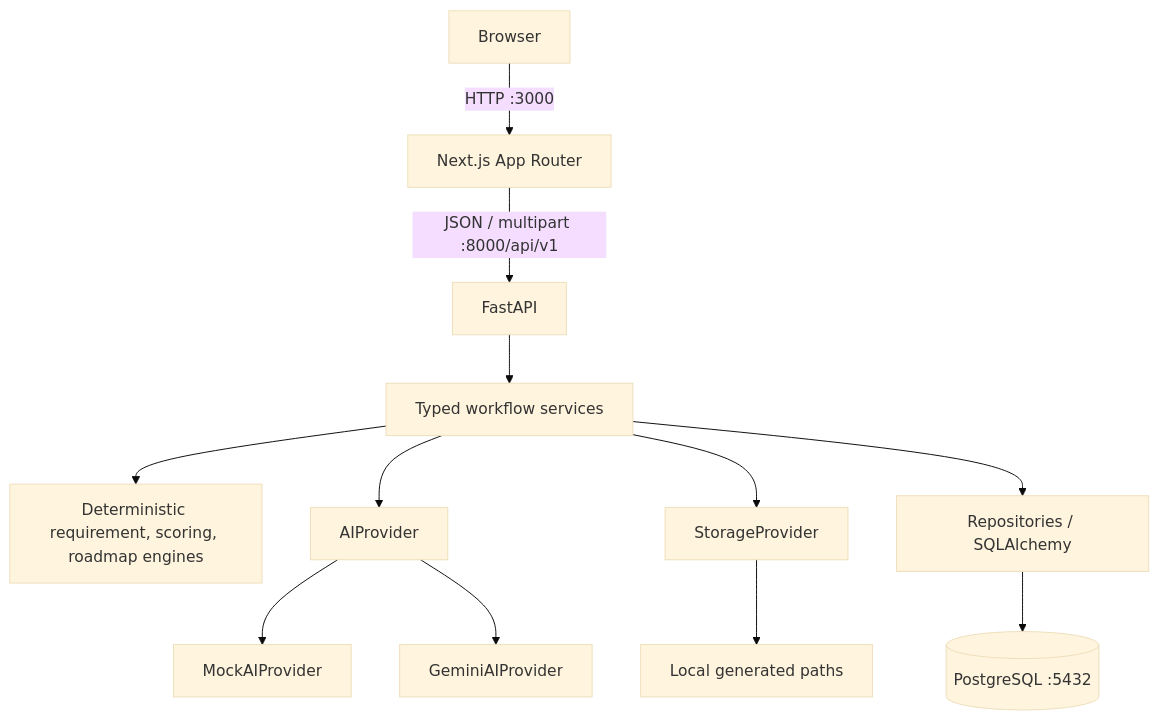
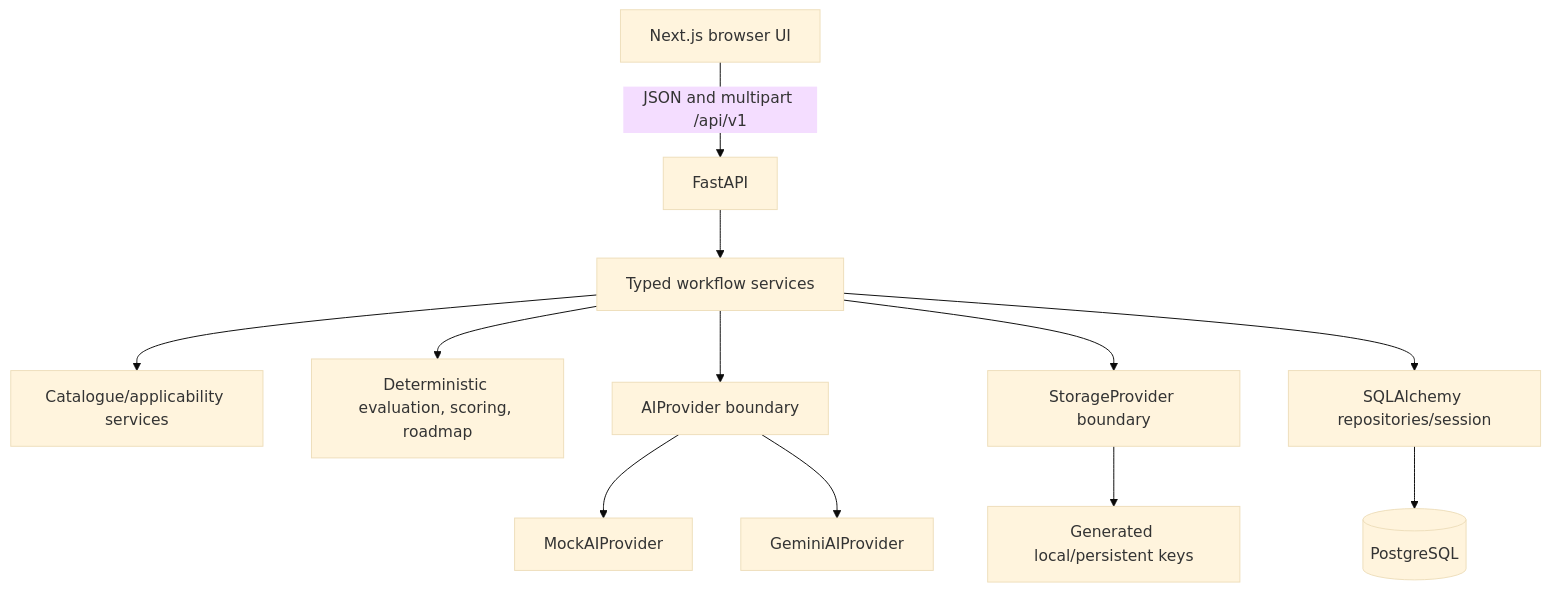
Before and after one commit to HirushaSipsara/certifylk: the second of 6 diagrams in docs/ARCHITECTURE.md, drawn with Mermaid (base theme). The commit also changed other lines of this file and 67 other files, not shown here.

````diff
--- a/docs/ARCHITECTURE.md
+++ b/docs/ARCHITECTURE.md
@@ -17,14 +22,14 @@
 ```mermaid
 flowchart TB
-  Browser[Browser] -->|HTTP :3000| Web[Next.js App Router]
-  Web -->|JSON / multipart :8000/api/v1| API[FastAPI]
-  API --> Services[Typed workflow services]
-  Services --> Engines[Deterministic requirement, scoring, roadmap engines]
-  Services --> AI[AIProvider]
-  Services --> Storage[StorageProvider]
-  Services --> Repos[Repositories / SQLAlchemy]
+  Browser[Next.js browser UI] -->|JSON and multipart /api/v1| API[FastAPI]
+  API --> Workflow[Typed workflow services]
+  Workflow --> Catalog[Catalogue/applicability services]
+  Workflow --> Engines[Deterministic evaluation, scoring, roadmap]
+  Workflow --> AI[AIProvider boundary]
+  Workflow --> Storage[StorageProvider boundary]
+  Workflow --> ORM[SQLAlchemy repositories/session]
   AI --> Mock[MockAIProvider]
   AI --> Gemini[GeminiAIProvider]
-  Storage --> Disk[Local generated paths]
-  Repos --> DB[(PostgreSQL :5432)]
+  Storage --> Disk[Generated local/persistent keys]
+  ORM --> DB[(PostgreSQL)]
 ```
````
